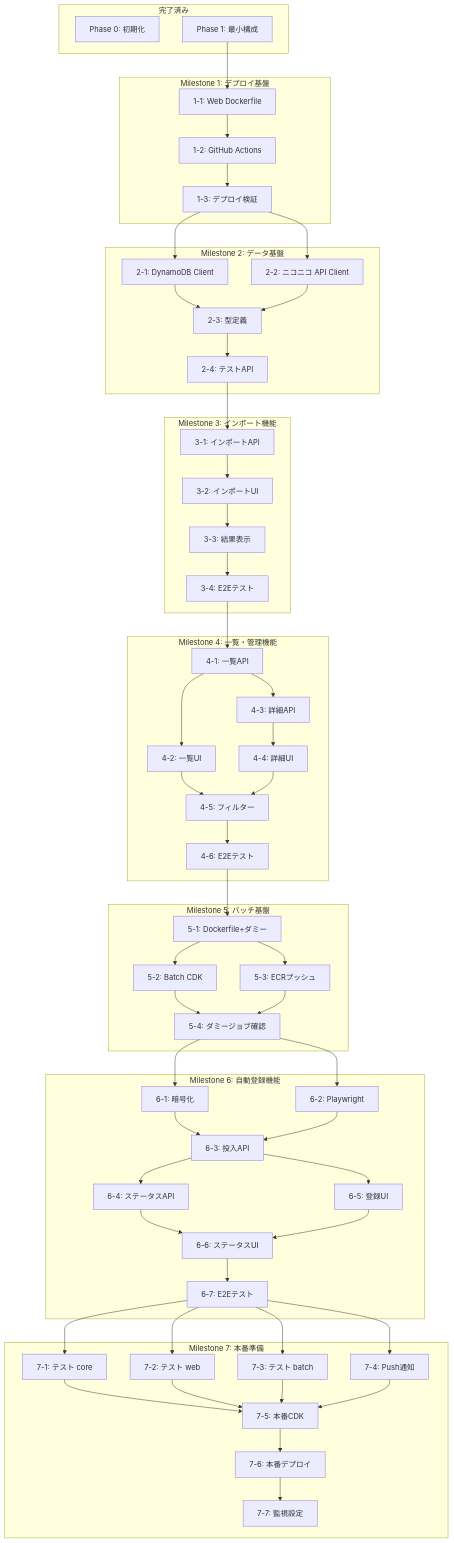
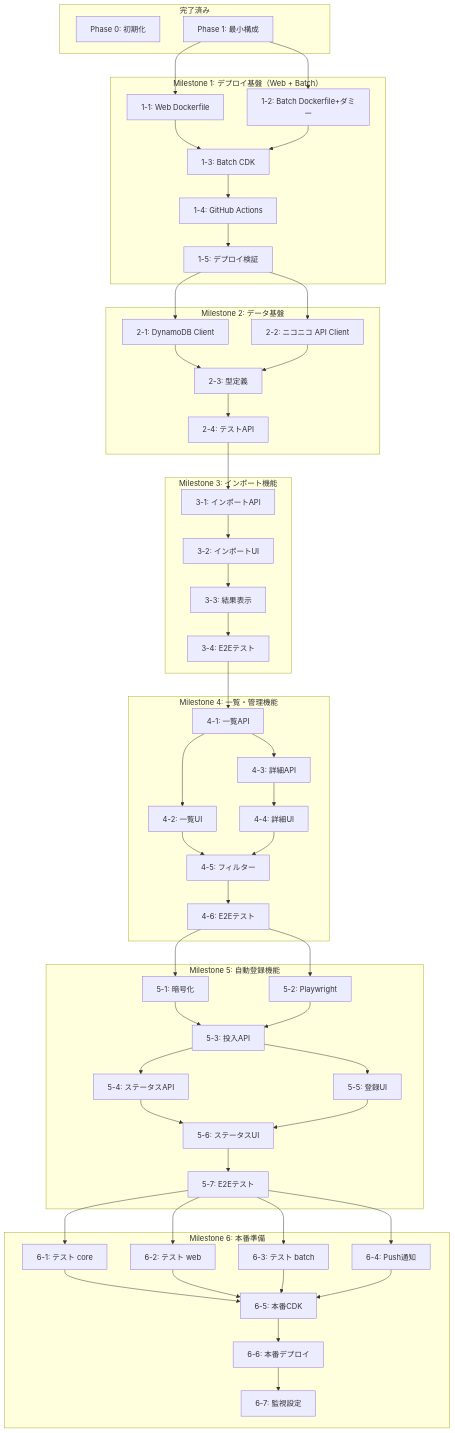
Before and after one commit to nagiyu/nagiyu-platform: the diagram in tasks/niconico-mylist-assistant/roadmap.md, drawn with Mermaid. The commit also changed other lines of this file and 1 other file, not shown here.

Commit message:
修正: Milestone 5と6の名称を更新し、チェックポイント設定や前提条件を修正

````diff
--- a/tasks/niconico-mylist-assistant/roadmap.md
+++ b/tasks/niconico-mylist-assistant/roadmap.md
@@ -623,10 +574,12 @@
         P1[Phase 1: 最小構成]
     end
 
-    subgraph "Milestone 1: デプロイ基盤"
+    subgraph "Milestone 1: デプロイ基盤（Web + Batch）"
         M1-1[1-1: Web Dockerfile]
-        M1-2[1-2: GitHub Actions]
-        M1-3[1-3: デプロイ検証]
+        M1-2[1-2: Batch Dockerfile+ダミー]
+        M1-3[1-3: Batch CDK]
+        M1-4[1-4: GitHub Actions]
+        M1-5[1-5: デプロイ検証]
     end
 
     subgraph "Milestone 2: データ基盤"
@@ -652,39 +605,35 @@
         M4-6[4-6: E2Eテスト]
     end
 
-    subgraph "Milestone 5: バッチ基盤"
-        M5-1[5-1: Dockerfile+ダミー]
-        M5-2[5-2: Batch CDK]
-        M5-3[5-3: ECRプッシュ]
-        M5-4[5-4: ダミージョブ確認]
+    subgraph "Milestone 5: 自動登録機能"
+        M5-1[5-1: 暗号化]
+        M5-2[5-2: Playwright]
+        M5-3[5-3: 投入API]
+        M5-4[5-4: ステータスAPI]
+        M5-5[5-5: 登録UI]
+        M5-6[5-6: ステータスUI]
+        M5-7[5-7: E2Eテスト]
     end
 
-    subgraph "Milestone 6: 自動登録機能"
-        M6-1[6-1: 暗号化]
-        M6-2[6-2: Playwright]
-        M6-3[6-3: 投入API]
-        M6-4[6-4: ステータスAPI]
-        M6-5[6-5: 登録UI]
-        M6-6[6-6: ステータスUI]
-        M6-7[6-7: E2Eテスト]
-    end
-
-    subgraph "Milestone 7: 本番準備"
-        M7-1[7-1: テスト core]
-        M7-2[7-2: テスト web]
-        M7-3[7-3: テスト batch]
-        M7-4[7-4: Push通知]
-        M7-5[7-5: 本番CDK]
-        M7-6[7-6: 本番デプロイ]
-        M7-7[7-7: 監視設定]
+    subgraph "Milestone 6: 本番準備"
+        M6-1[6-1: テスト core]
+        M6-2[6-2: テスト web]
+        M6-3[6-3: テスト batch]
+        M6-4[6-4: Push通知]
+        M6-5[6-5: 本番CDK]
+        M6-6[6-6: 本番デプロイ]
+        M6-7[6-7: 監視設定]
     end
 
     P1 --> M1-1
-    M1-1 --> M1-2
+    P1 --> M1-2
+    M1-1 --> M1-3
     M1-2 --> M1-3
+    M1-3 --> M1-4
+    M1-4 --> M1-5
 
-    M1-3 --> M2-1
-    M1-3 --> M2-2
+    M1-5 --> M2-1
+    M1-5 --> M2-2
     M2-1 --> M2-3
     M2-2 --> M2-3
     M2-3 --> M2-4
@@ -703,29 +652,23 @@
     M4-5 --> M4-6
 
     M4-6 --> M5-1
-    M5-1 --> M5-2
+    M4-6 --> M5-2
     M5-1 --> M5-3
-    M5-2 --> M5-4
+    M5-2 --> M5-3
     M5-3 --> M5-4
+    M5-3 --> M5-5
+    M5-4 --> M5-6
+    M5-5 --> M5-6
+    M5-6 --> M5-7
 
-    M5-4 --> M6-1
-    M5-4 --> M6-2
-    M6-1 --> M6-3
-    M6-2 --> M6-3
-    M6-3 --> M6-4
+    M5-7 --> M6-1
+    M5-7 --> M6-2
+    M5-7 --> M6-3
+    M5-7 --> M6-4
+    M6-1 --> M6-5
+    M6-2 --> M6-5
     M6-3 --> M6-5
-    M6-4 --> M6-6
+    M6-4 --> M6-5
     M6-5 --> M6-6
     M6-6 --> M6-7
-
-    M6-7 --> M7-1
-    M6-7 --> M7-2
-    M6-7 --> M7-3
-    M6-7 --> M7-4
-    M7-1 --> M7-5
-    M7-2 --> M7-5
-    M7-3 --> M7-5
-    M7-4 --> M7-5
-    M7-5 --> M7-6
-    M7-6 --> M7-7
 ```
````
